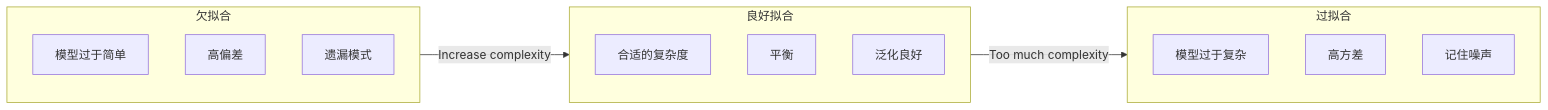
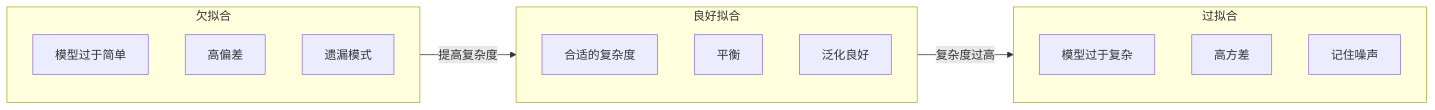
The fifth of 6 diagrams in content/translations/practice/02-ml-fundamentals/01-what-is-machine-learning/zh.md (huangyue12120/Learning-Atlas), drawn with Mermaid before and after one commit. The commit also changed other lines of this file and 24 other files, not shown here.

Commit message:
fix(reader): localize Mermaid in source content

````diff
--- a/content/translations/practice/02-ml-fundamentals/01-what-is-machine-learning/zh.md
+++ b/content/translations/practice/02-ml-fundamentals/01-what-is-machine-learning/zh.md
@@ -184,23 +184,23 @@
 ```mermaid
 flowchart LR
     subgraph UF["欠拟合"]
         U1["模型过于简单"]
         U2["高偏差"]
         U3["遗漏模式"]
     end
 
     subgraph GF["良好拟合"]
         G1["合适的复杂度"]
         G2["平衡"]
         G3["泛化良好"]
     end
 
     subgraph OF["过拟合"]
         O1["模型过于复杂"]
         O2["高方差"]
         O3["记住噪声"]
     end
 
-    UF -->|Increase complexity| GF
-    GF -->|Too much complexity| OF
+    UF -->|提高复杂度| GF
+    GF -->|复杂度过高| OF
 ```
````
